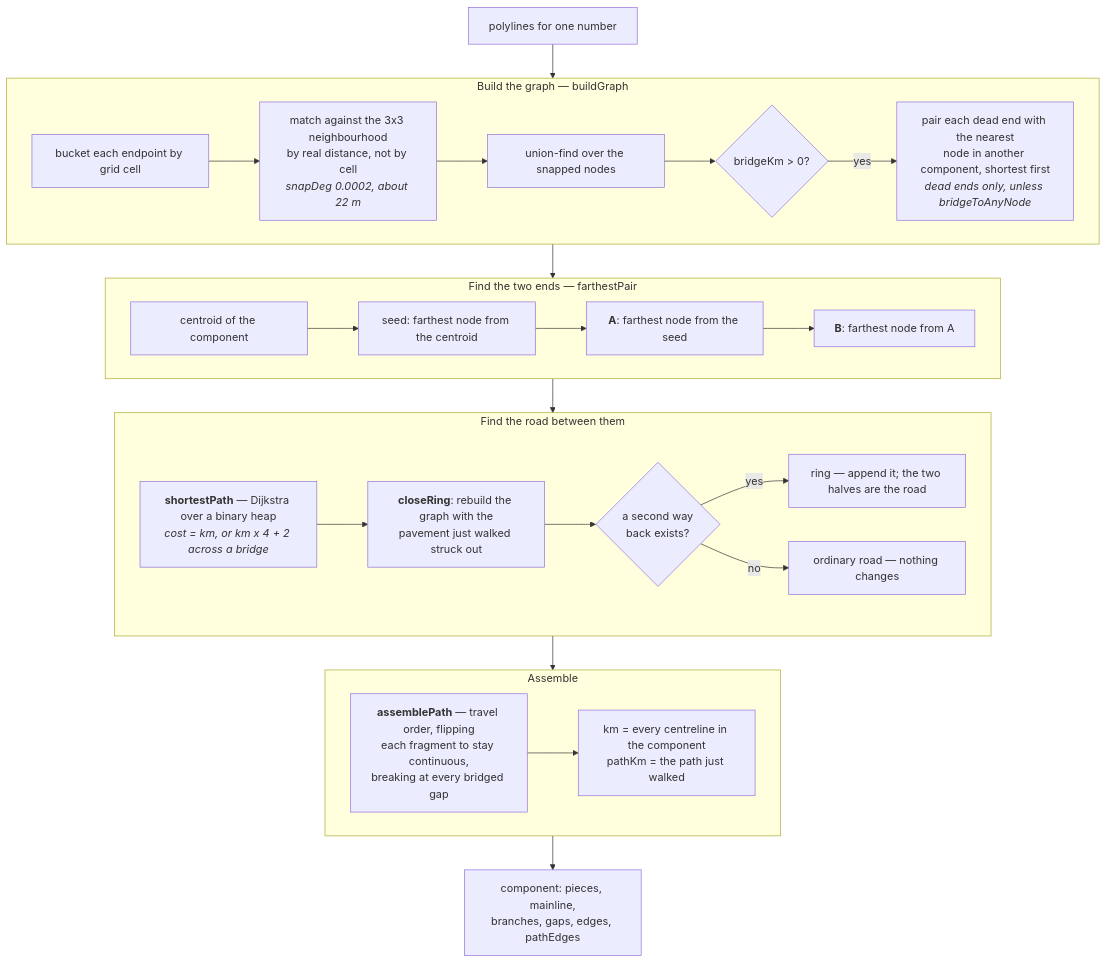
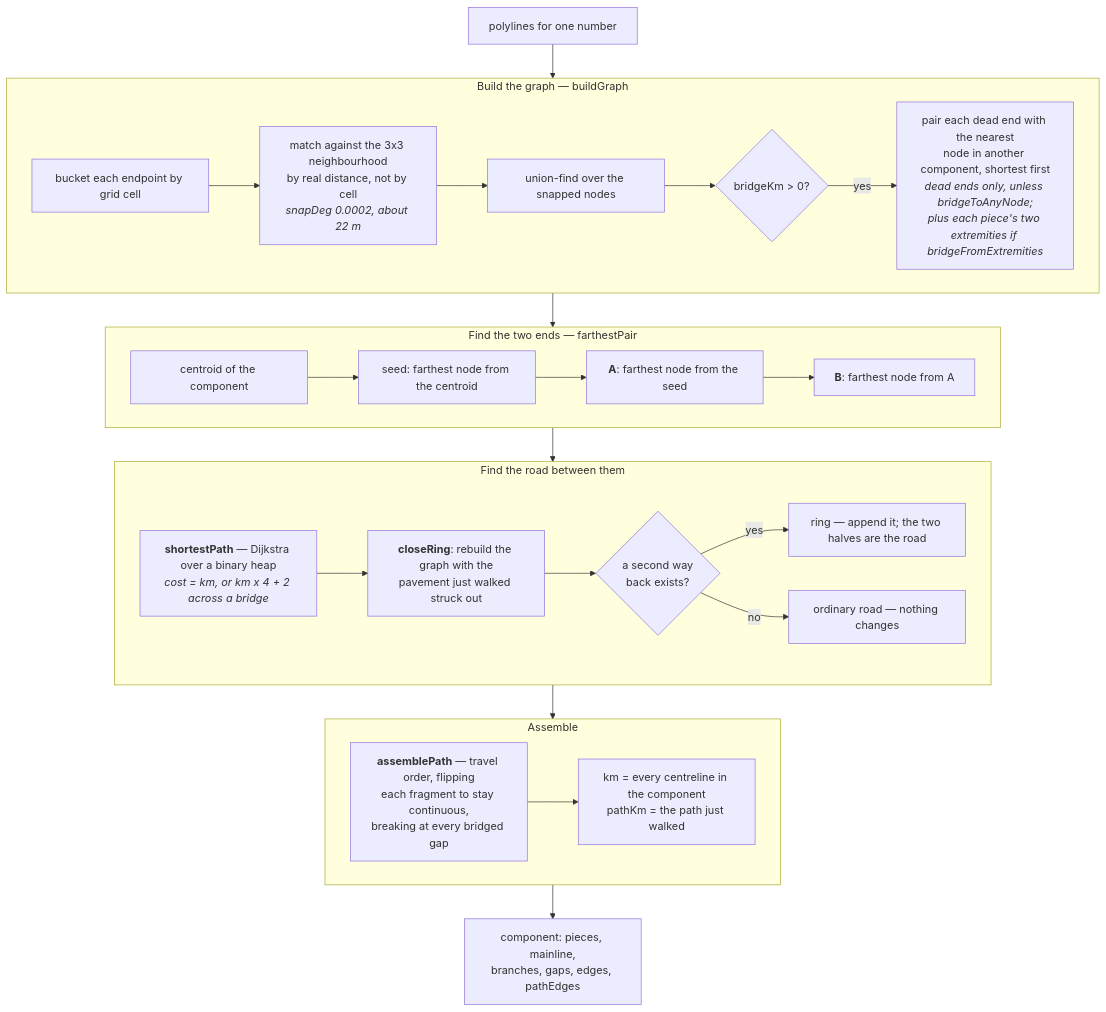
One commit to AndyUneducated/interstate-atlas changed the third of 5 diagrams in docs/ARCHITECTURE.md. Above: the diagram before and after it, drawn with Mermaid. The commit also changed 4 other files, not shown here.

First line of the commit message:
Bridge Mexican route breaks from each piece's extremities (D-56)

````diff
--- a/docs/ARCHITECTURE.md
+++ b/docs/ARCHITECTURE.md
@@ -261,42 +261,42 @@
 ```mermaid
 flowchart TD
   IN["polylines for one number"]
 
   subgraph bld["Build the graph — buildGraph"]
     N1["bucket each endpoint by grid cell"]
     N2["match against the 3x3 neighbourhood<br/>by real distance, not by cell<br/><i>snapDeg 0.0002, about 22 m</i>"]
     N3["union-find over the snapped nodes"]
     N4{"bridgeKm > 0?"}
-    N5["pair each dead end with the nearest<br/>node in another component, shortest first<br/><i>dead ends only, unless bridgeToAnyNode</i>"]
+    N5["pair each dead end with the nearest<br/>node in another component, shortest first<br/><i>dead ends only, unless bridgeToAnyNode;<br/>plus each piece's two extremities if bridgeFromExtremities</i>"]
     N1 --> N2 --> N3 --> N4
     N4 -->|yes| N5
   end
 
   subgraph term["Find the two ends — farthestPair"]
     E1["centroid of the component"]
     E2["seed: farthest node from the centroid"]
     E3["<b>A</b>: farthest node from the seed"]
     E4["<b>B</b>: farthest node from A"]
     E1 --> E2 --> E3 --> E4
   end
 
   subgraph walk["Find the road between them"]
     P1["<b>shortestPath</b> — Dijkstra over a binary heap<br/><i>cost = km, or km x 4 + 2 across a bridge</i>"]
     P2["<b>closeRing</b>: rebuild the graph with the<br/>pavement just walked struck out"]
     P3{"a second way<br/>back exists?"}
     P4["ring — append it; the two halves are the road"]
     P5["ordinary road — nothing changes"]
     P1 --> P2 --> P3
     P3 -->|yes| P4
     P3 -->|no| P5
   end
 
   subgraph meas["Assemble"]
     M1["<b>assemblePath</b> — travel order, flipping<br/>each fragment to stay continuous,<br/>breaking at every bridged gap"]
     M3["km = every centreline in the component<br/>pathKm = the path just walked"]
     M1 --> M3
   end
 
   IN --> bld --> term --> walk --> meas
   meas --> OUT["component: pieces, mainline,<br/>branches, gaps, edges, pathEdges"]
 ```
````
